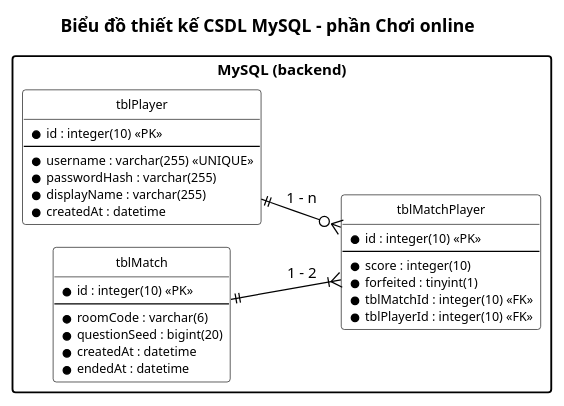
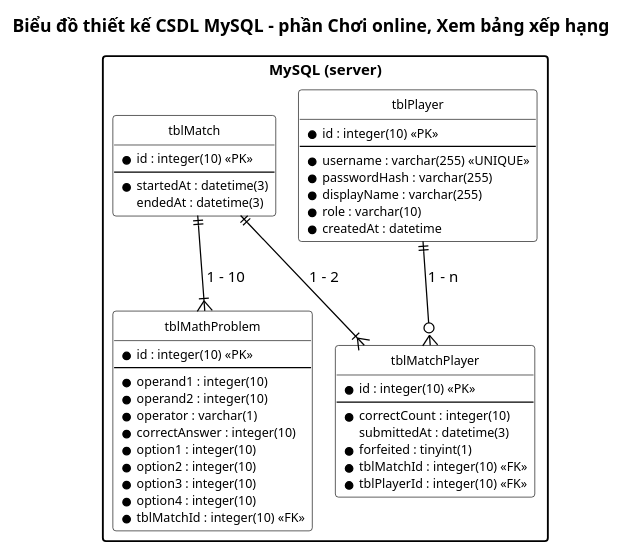
Before and after one commit to HungNguyenBa1811/math-dash: the diagram in docs/hung/csdl-mysql.puml, drawn with PlantUML. The commit also changed 60 other files, not shown here.

First line of the commit message:
docs(M3,M4): tài liệu Hùng theo đề 9: Chơi online, Xem bảng xếp hạng, Đăng nhập - đăng ký

```diff
--- a/docs/hung/csdl-mysql.puml
+++ b/docs/hung/csdl-mysql.puml
@@ -1,47 +1,63 @@
 @startuml csdl-mysql
 !pragma layout smetana
 ' === VP Base Theme v2 ===
 skinparam defaultFontName "Segoe UI"
 skinparam defaultFontSize 12
 skinparam shadowing false
 skinparam arrowColor #000000
 skinparam lineColor #000000
 hide circle
 skinparam class {
   BackgroundColor #FFFFFF
   BorderColor #000000
   FontSize 11
   AttributeFontSize 10
 }
 skinparam packageStyle rectangle
-left to right direction
-title Biểu đồ thiết kế CSDL MySQL – phần Chơi online
-package "MySQL (backend)" {
+title Biểu đồ thiết kế CSDL MySQL – phần Chơi online, Xem bảng xếp hạng
+
+package "MySQL (server)" {
   entity "tblPlayer" as SP {
     * id : integer(10) <<PK>>
     --
     * username : varchar(255) <<UNIQUE>>
     * passwordHash : varchar(255)
     * displayName : varchar(255)
+    * role : varchar(10)
     * createdAt : datetime
   }
   entity "tblMatch" as SM {
     * id : integer(10) <<PK>>
     --
-    * roomCode : varchar(6)
-    * questionSeed : bigint(20)
-    * createdAt : datetime
-    * endedAt : datetime
+    * startedAt : datetime(3)
+    endedAt : datetime(3)
+  }
+  entity "tblMathProblem" as SQ {
+    * id : integer(10) <<PK>>
+    --
+    * operand1 : integer(10)
+    * operand2 : integer(10)
+    * operator : varchar(1)
+    * correctAnswer : integer(10)
+    * option1 : integer(10)
+    * option2 : integer(10)
+    * option3 : integer(10)
+    * option4 : integer(10)
+    * tblMatchId : integer(10) <<FK>>
   }
   entity "tblMatchPlayer" as SMP {
     * id : integer(10) <<PK>>
     --
-    * score : integer(10)
+    * correctCount : integer(10)
+    submittedAt : datetime(3)
     * forfeited : tinyint(1)
     * tblMatchId : integer(10) <<FK>>
     * tblPlayerId : integer(10) <<FK>>
   }
 }
+
+
 SM ||--|{ SMP : "1 - 2"
+SM ||--|{ SQ : "1 - 10"
 SP ||--o{ SMP : "1 - n"
 @enduml
```
